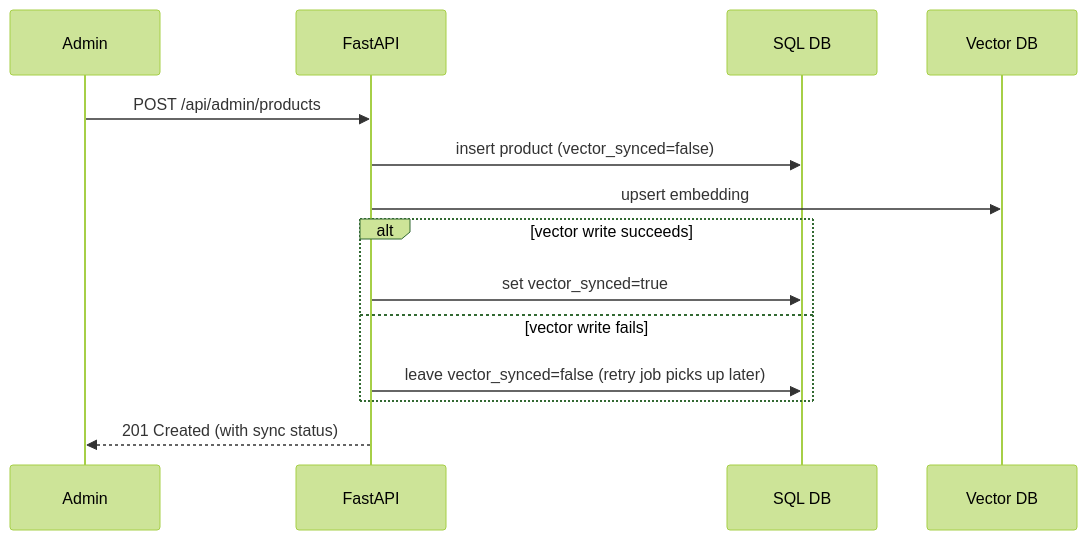
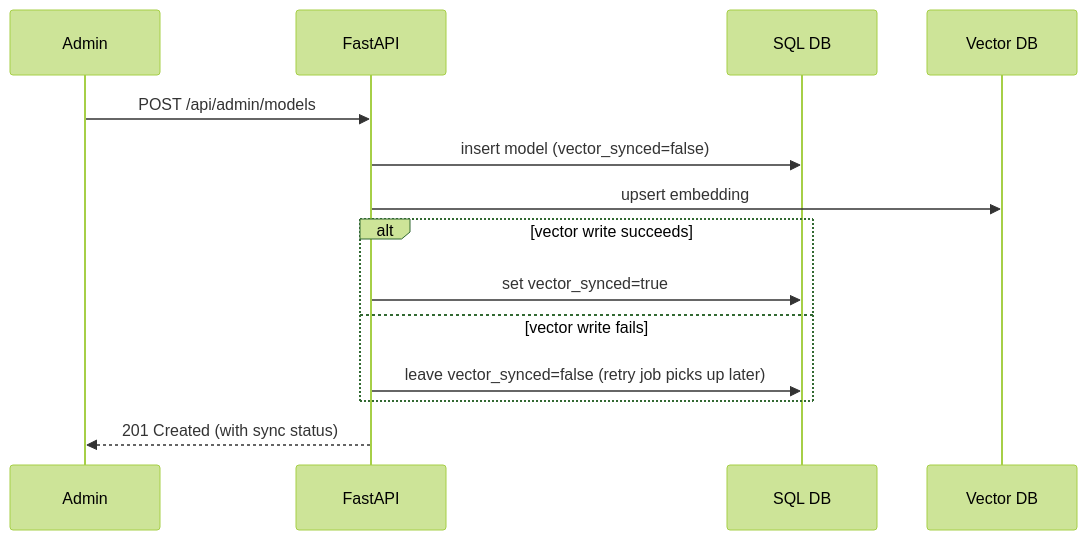
Before and after one commit to leeladesai/smartreco-hackathon: the second of 2 diagrams in docs/06-LLD.md, drawn with Mermaid (forest theme). The commit also changed other lines of this file and 11 other files, not shown here.

````diff
--- a/docs/06-LLD.md
+++ b/docs/06-LLD.md
@@ -160,17 +202,17 @@
 ```mermaid
 sequenceDiagram
   participant Admin
   participant API as FastAPI
   participant DB as SQL DB
   participant VDB as Vector DB
 
-  Admin->>API: POST /api/admin/products
-  API->>DB: insert product (vector_synced=false)
+  Admin->>API: POST /api/admin/models
+  API->>DB: insert model (vector_synced=false)
   API->>VDB: upsert embedding
   alt vector write succeeds
     API->>DB: set vector_synced=true
   else vector write fails
     API->>DB: leave vector_synced=false (retry job picks up later)
   end
   API-->>Admin: 201 Created (with sync status)
 ```
````
